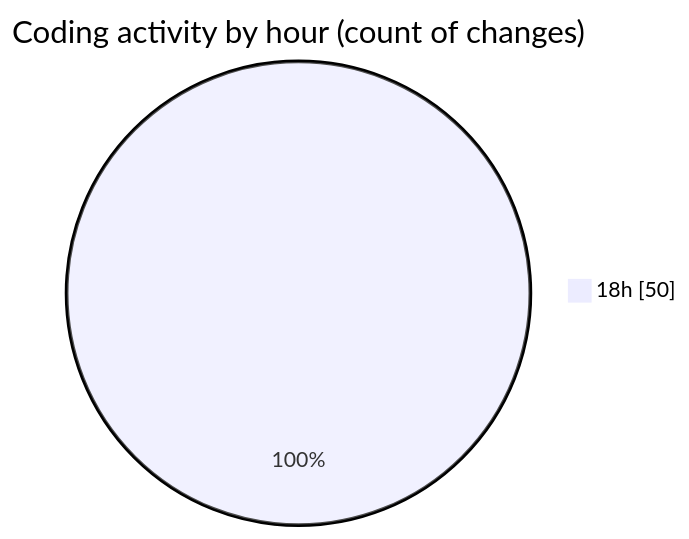
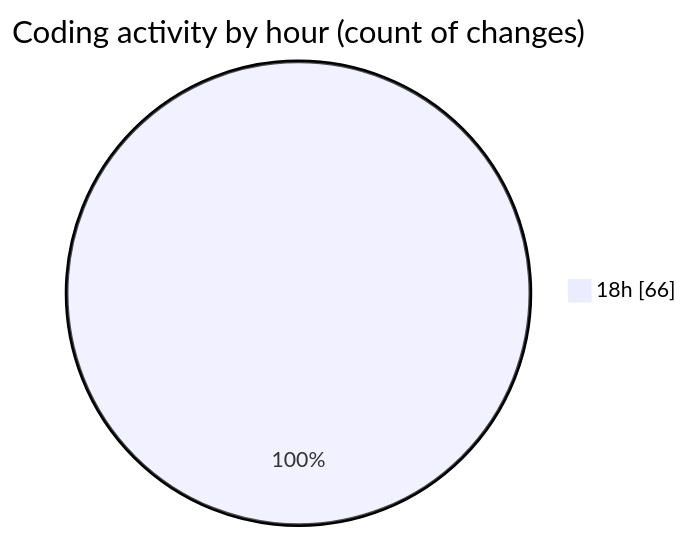
Before and after one commit to Ritupan-Deka/code-tracking: the second of 2 diagrams in 2025-07-16/mern-workoutboard/README.md, drawn with Mermaid. The commit also changed other lines of this file and 1 other file, not shown here.

````diff
--- a/2025-07-16/mern-workoutboard/README.md
+++ b/2025-07-16/mern-workoutboard/README.md
@@ -32,5 +32,5 @@
 ```mermaid
 pie showData
 title Coding activity by hour (count of changes)
-"18h" : 50
+"18h" : 66
 ```
````
